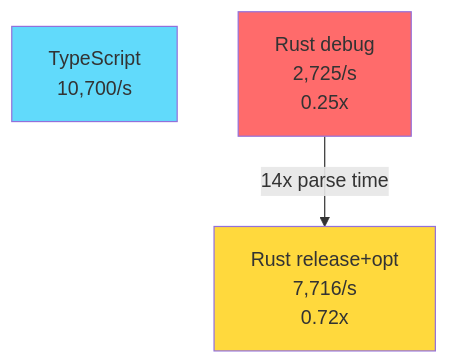
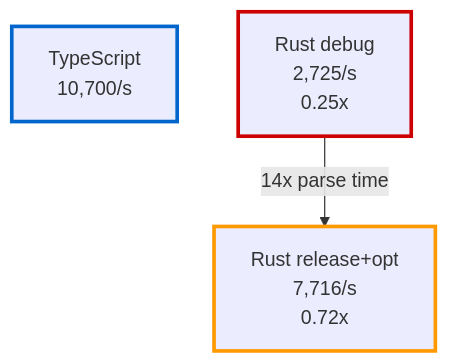
Before and after one commit to Michael--/modular-runtime: the second of 2 diagrams in docs-site/docs/guide/rust-optimization.md, drawn with Mermaid. The commit also changed other lines of this file and 3 other files, not shown here.

Commit message:
fix(docs): use stroke-only colors for theme compatibility and correct architecture diagram

````diff
--- a/docs-site/docs/guide/rust-optimization.md
+++ b/docs-site/docs/guide/rust-optimization.md
@@ -170,12 +170,12 @@
 ```mermaid
 graph TB
     A[TypeScript<br/>10,700/s]
     B[Rust debug<br/>2,725/s<br/>0.25x]
     C[Rust release+opt<br/>7,716/s<br/>0.72x]
 
     B -->|14x parse time| C
 
-    style A fill:#61dafb
-    style B fill:#ff6b6b
-    style C fill:#ffd93d
+    style A stroke:#0066cc,stroke-width:3px
+    style B stroke:#cc0000,stroke-width:3px
+    style C stroke:#ff9900,stroke-width:3px
 ```
````
